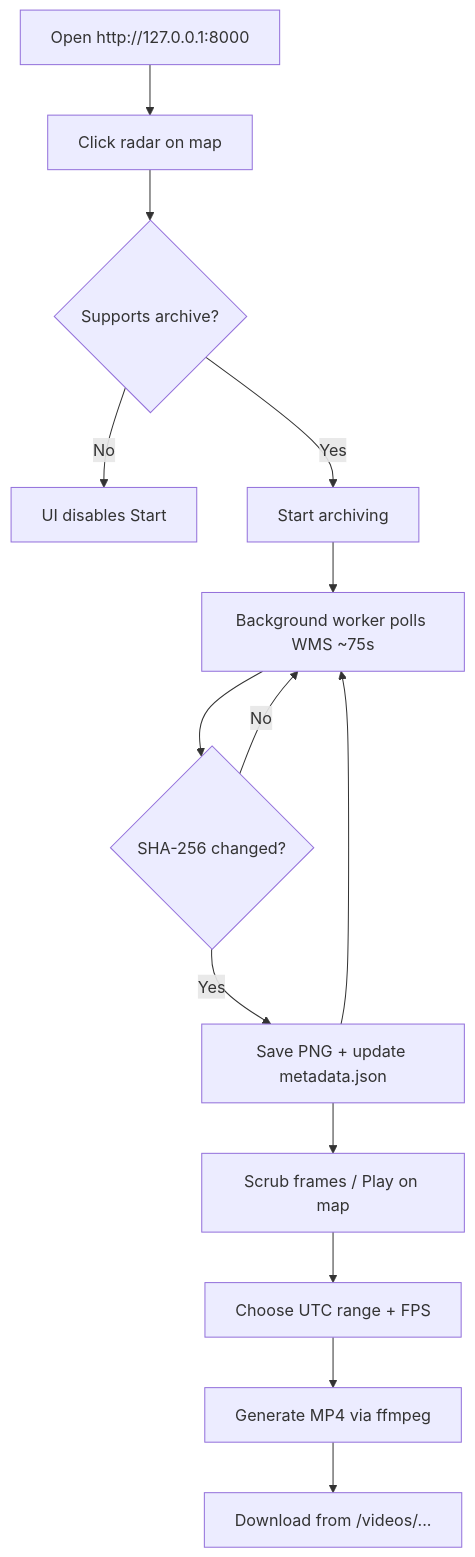
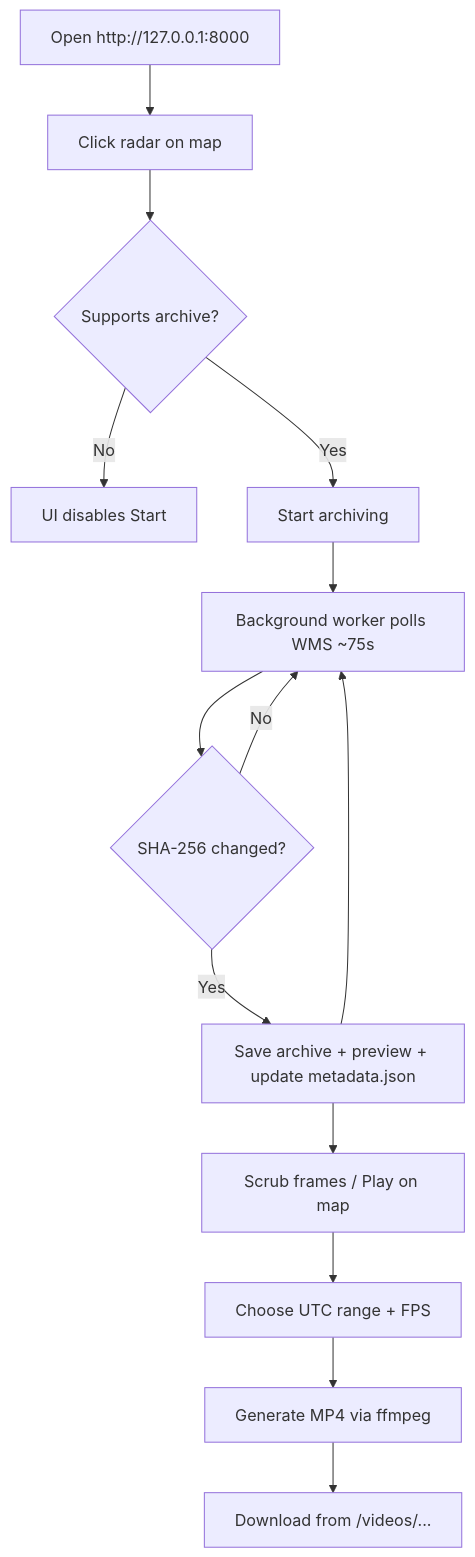
One commit to gustavorubim/weatherapp changed the first of 4 diagrams in README.md. Above: the diagram before and after it, drawn with Mermaid. The commit also changed other lines of this file and 9 other files, not shown here.

````diff
--- a/README.md
+++ b/README.md
@@ -120,16 +122,16 @@
 ```mermaid
 flowchart TD
   A[Open http://127.0.0.1:8000] --> B[Click radar on map]
   B --> C{Supports archive?}
   C -->|No| D[UI disables Start]
   C -->|Yes| E[Start archiving]
   E --> F[Background worker polls WMS ~75s]
   F --> G{SHA-256 changed?}
   G -->|No| F
-  G -->|Yes| H[Save PNG + update metadata.json]
+  G -->|Yes| H[Save archive + preview + update metadata.json]
   H --> F
   H --> I[Scrub frames / Play on map]
   I --> J[Choose UTC range + FPS]
   J --> K[Generate MP4 via ffmpeg]
   K --> L[Download from /videos/...]
 ```
````
